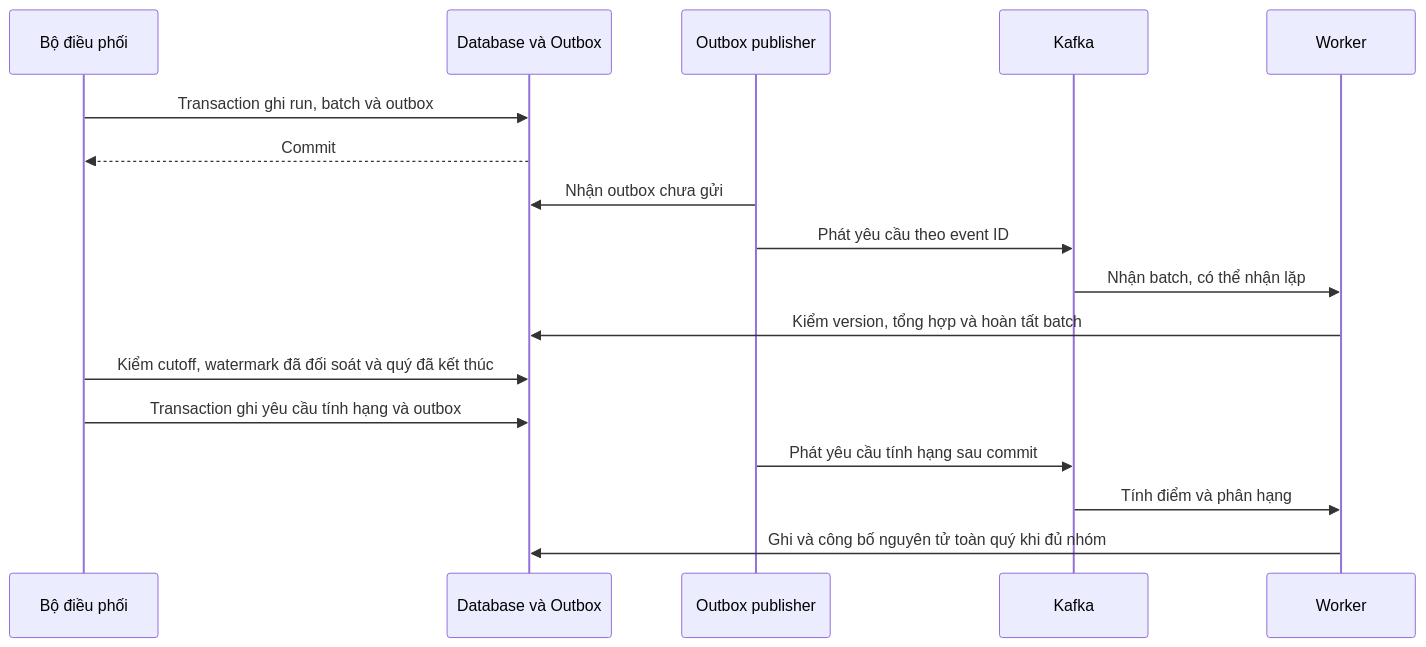
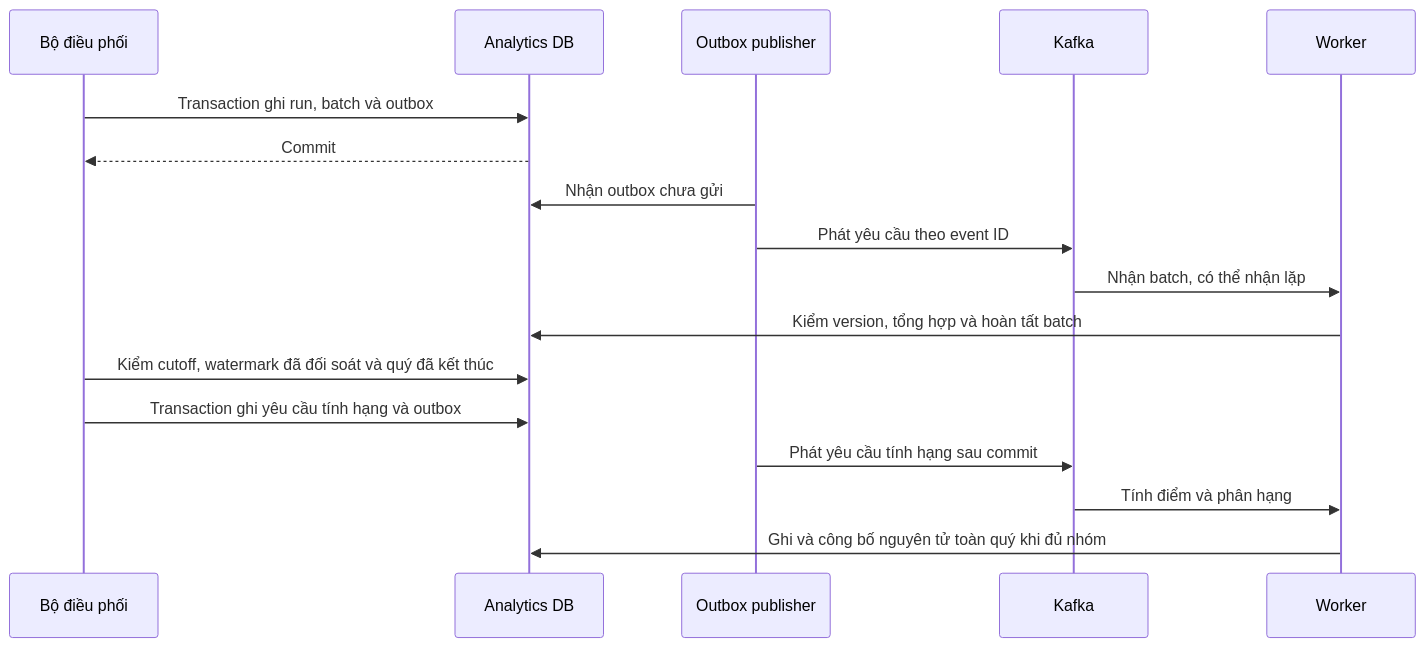
One commit to huynv-xyz/vhm-tdd changed the seventh of 12 diagrams in cobroker/ttd-cobroker.md. Above: the diagram before and after it, drawn with Mermaid. The commit also changed other lines of this file and 6 other files, not shown here.

Commit message:
docs: simplify architecture diagram labels

````diff
--- a/cobroker/ttd-cobroker.md
+++ b/cobroker/ttd-cobroker.md
@@ -1119,19 +1119,19 @@
 ```mermaid
 sequenceDiagram
     participant J as Bộ điều phối
-    participant D as Database và Outbox
+    participant D as Analytics DB
     participant P as Outbox publisher
     participant K as Kafka
     participant W as Worker
     J->>D: Transaction ghi run, batch và outbox
     D-->>J: Commit
     P->>D: Nhận outbox chưa gửi
     P->>K: Phát yêu cầu theo event ID
     K->>W: Nhận batch, có thể nhận lặp
     W->>D: Kiểm version, tổng hợp và hoàn tất batch
     J->>D: Kiểm cutoff, watermark đã đối soát và quý đã kết thúc
     J->>D: Transaction ghi yêu cầu tính hạng và outbox
     P->>K: Phát yêu cầu tính hạng sau commit
     K->>W: Tính điểm và phân hạng
     W->>D: Ghi và công bố nguyên tử toàn quý khi đủ nhóm
 ```
````
